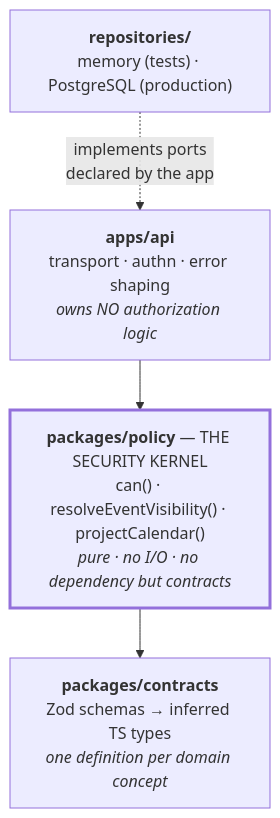
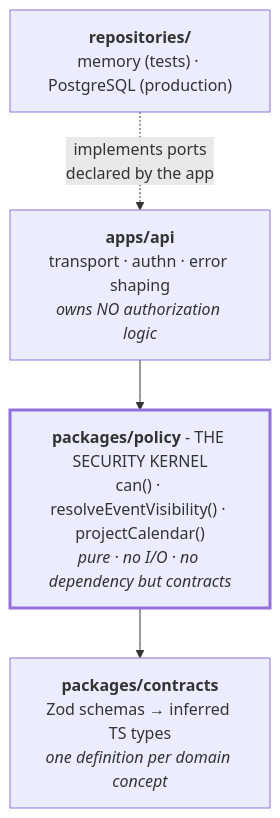
One commit to brian-summers/FriendsZone changed the first of 3 diagrams in docs/architecture/overview.md. Above: the diagram before and after it, drawn with Mermaid. The commit also changed other lines of this file and 175 other files, not shown here.

````diff
--- a/docs/architecture/overview.md
+++ b/docs/architecture/overview.md
@@ -26,14 +26,14 @@
 ```mermaid
 flowchart TD
     api["<b>apps/api</b><br/>transport · authn · error shaping<br/><i>owns NO authorization logic</i>"]
-    policy["<b>packages/policy</b> — THE SECURITY KERNEL<br/>can() · resolveEventVisibility() · projectCalendar()<br/><i>pure · no I/O · no dependency but contracts</i>"]
+    policy["<b>packages/policy</b> - THE SECURITY KERNEL<br/>can() · resolveEventVisibility() · projectCalendar()<br/><i>pure · no I/O · no dependency but contracts</i>"]
     contracts["<b>packages/contracts</b><br/>Zod schemas → inferred TS types<br/><i>one definition per domain concept</i>"]
     repos["<b>repositories/</b><br/>memory (tests) · PostgreSQL (production)"]
 
     api --> policy
     policy --> contracts
     repos -. "implements ports<br/>declared by the app" .-> api
 
     classDef kernel stroke-width:3px;
     class policy kernel;
 ```
````
